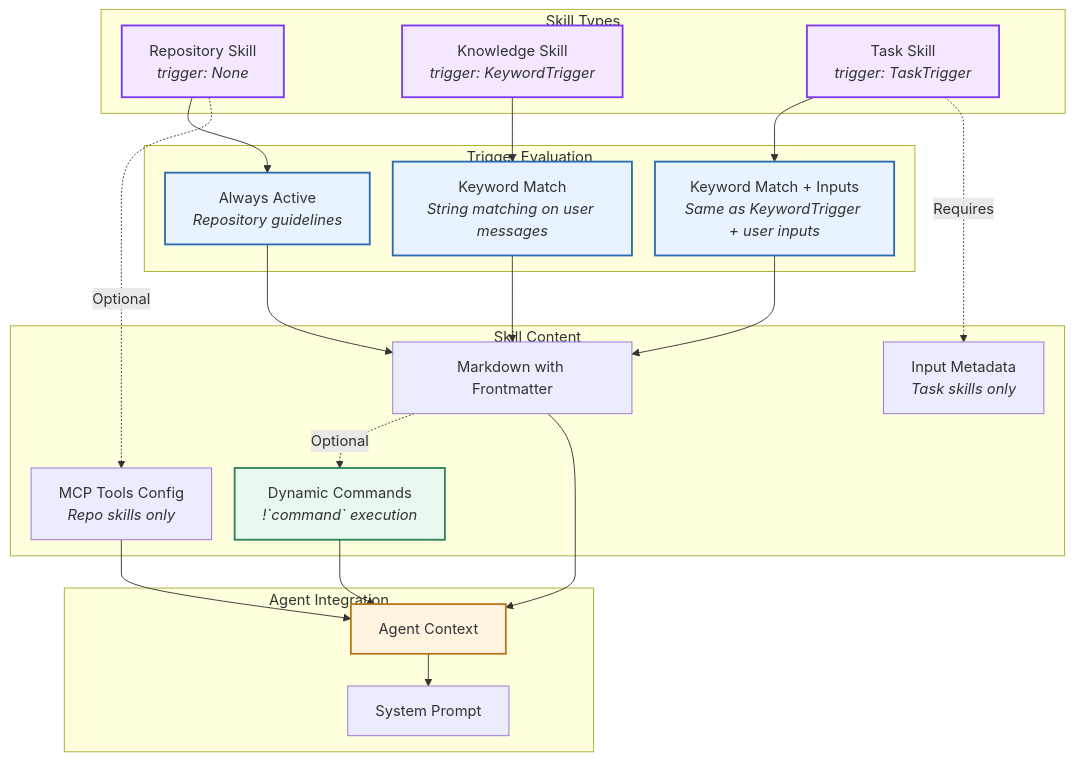
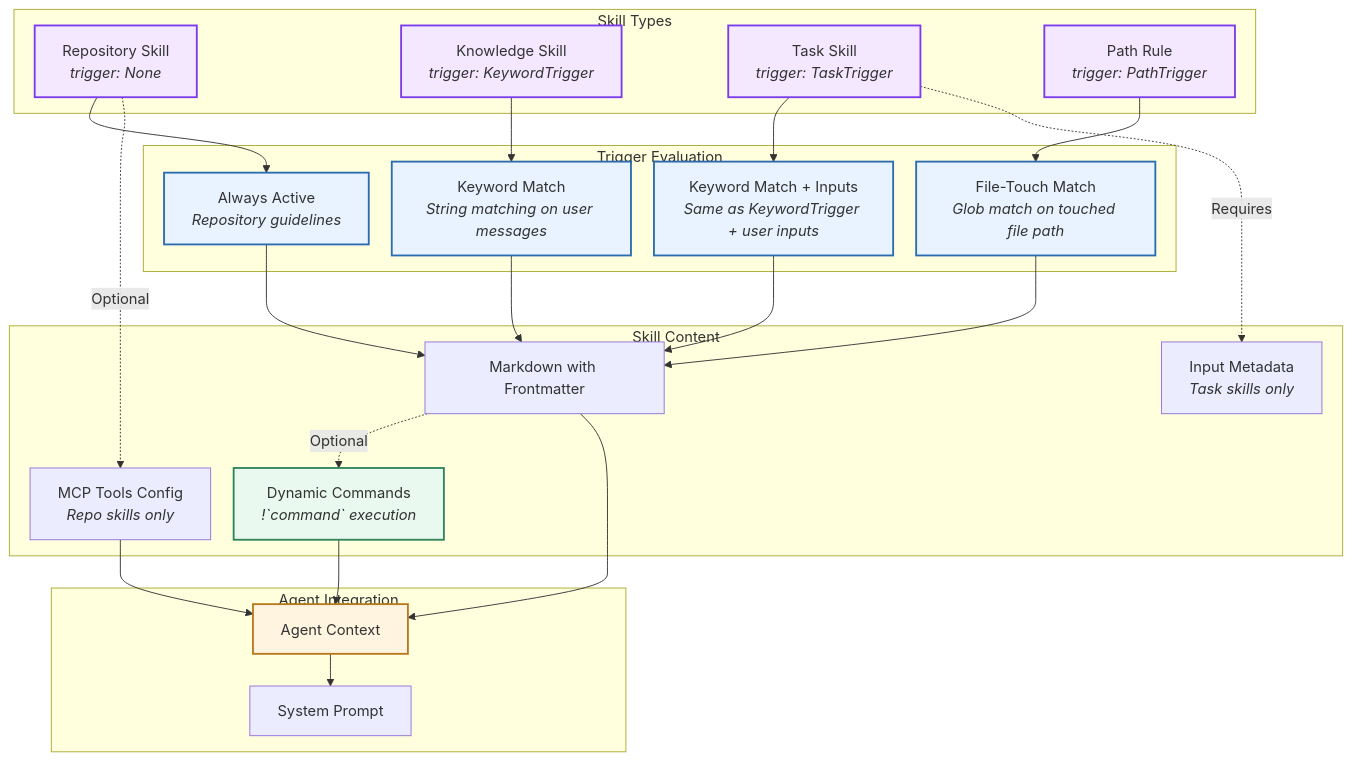
The first of 8 diagrams in sdk/arch/skill.mdx (OpenHands/docs), drawn with Mermaid before and after one commit. The commit also changed other lines of this file and 4 other files, not shown here.

First line of the commit message:
docs: document path-triggered rules (PathTrigger)

````diff
--- a/sdk/arch/skill.mdx
+++ b/sdk/arch/skill.mdx
@@ -22,54 +22,58 @@
 ```mermaid
 %%{init: {"theme": "default", "flowchart": {"nodeSpacing": 25, "rankSpacing": 35}} }%%
 flowchart TB
     subgraph Types["Skill Types"]
         Repo["Repository Skill<br><i>trigger: None</i>"]
         Knowledge["Knowledge Skill<br><i>trigger: KeywordTrigger</i>"]
         Task["Task Skill<br><i>trigger: TaskTrigger</i>"]
+        Rule["Path Rule<br><i>trigger: PathTrigger</i>"]
     end
     
     subgraph Triggers["Trigger Evaluation"]
         Always["Always Active<br><i>Repository guidelines</i>"]
         Keyword["Keyword Match<br><i>String matching on user messages</i>"]
         TaskMatch["Keyword Match + Inputs<br><i>Same as KeywordTrigger + user inputs</i>"]
+        PathMatch["File-Touch Match<br><i>Glob match on touched file path</i>"]
     end
     
     subgraph Content["Skill Content"]
         Markdown["Markdown with Frontmatter"]
         Dynamic["Dynamic Commands<br><i>!`command` execution</i>"]
         MCPTools["MCP Tools Config<br><i>Repo skills only</i>"]
         Inputs["Input Metadata<br><i>Task skills only</i>"]
     end
     
     subgraph Integration["Agent Integration"]
         Context["Agent Context"]
         Prompt["System Prompt"]
     end
     
     Repo --> Always
     Knowledge --> Keyword
     Task --> TaskMatch
+    Rule --> PathMatch
     
     Always --> Markdown
     Keyword --> Markdown
     TaskMatch --> Markdown
+    PathMatch --> Markdown
     
     Markdown -.->|Optional| Dynamic
     Repo -.->|Optional| MCPTools
     Task -.->|Requires| Inputs
     
     Markdown --> Context
     Dynamic --> Context
     MCPTools --> Context
     Context --> Prompt
     
     classDef primary fill:#f3e8ff,stroke:#7c3aed,stroke-width:2px
     classDef secondary fill:#e8f3ff,stroke:#2b6cb0,stroke-width:2px
     classDef tertiary fill:#fff4df,stroke:#b7791f,stroke-width:2px
     classDef dynamic fill:#e9f9ef,stroke:#2f855a,stroke-width:2px
     
-    class Repo,Knowledge,Task primary
-    class Always,Keyword,TaskMatch secondary
+    class Repo,Knowledge,Task,Rule primary
+    class Always,Keyword,TaskMatch,PathMatch secondary
     class Context tertiary
     class Dynamic dynamic
 ```
````
